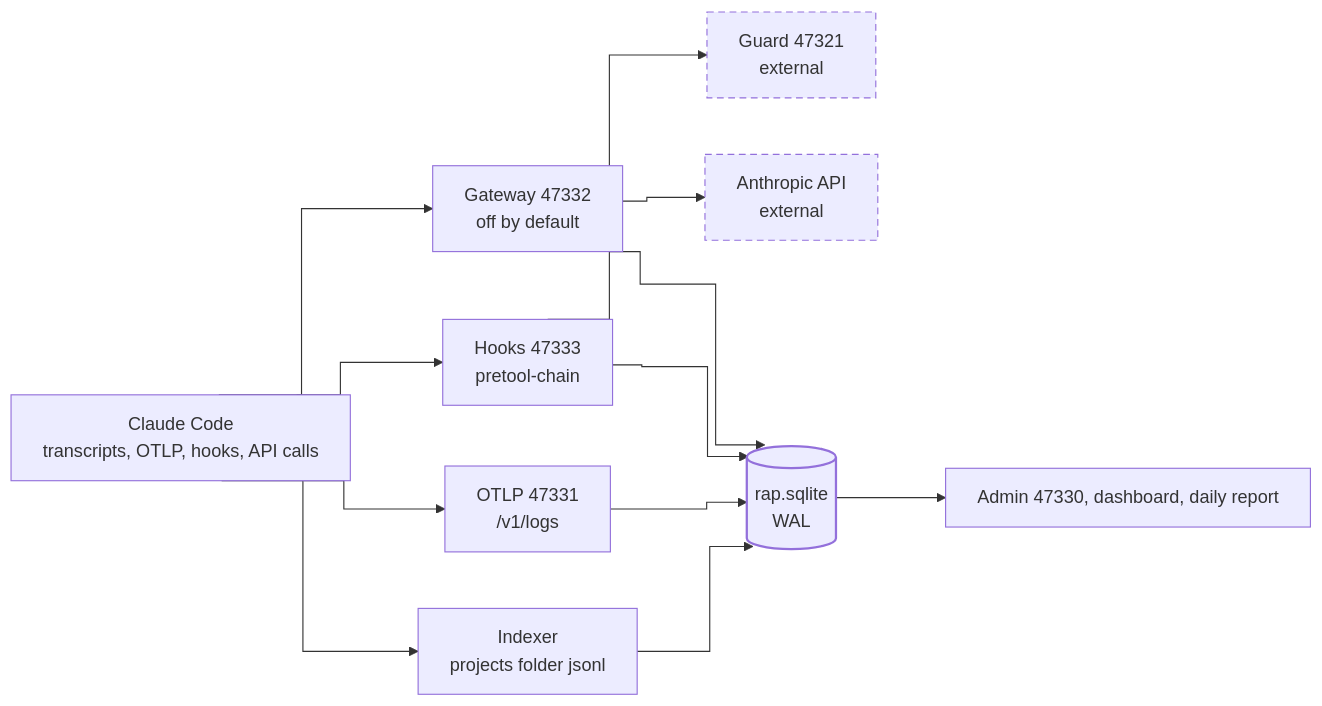
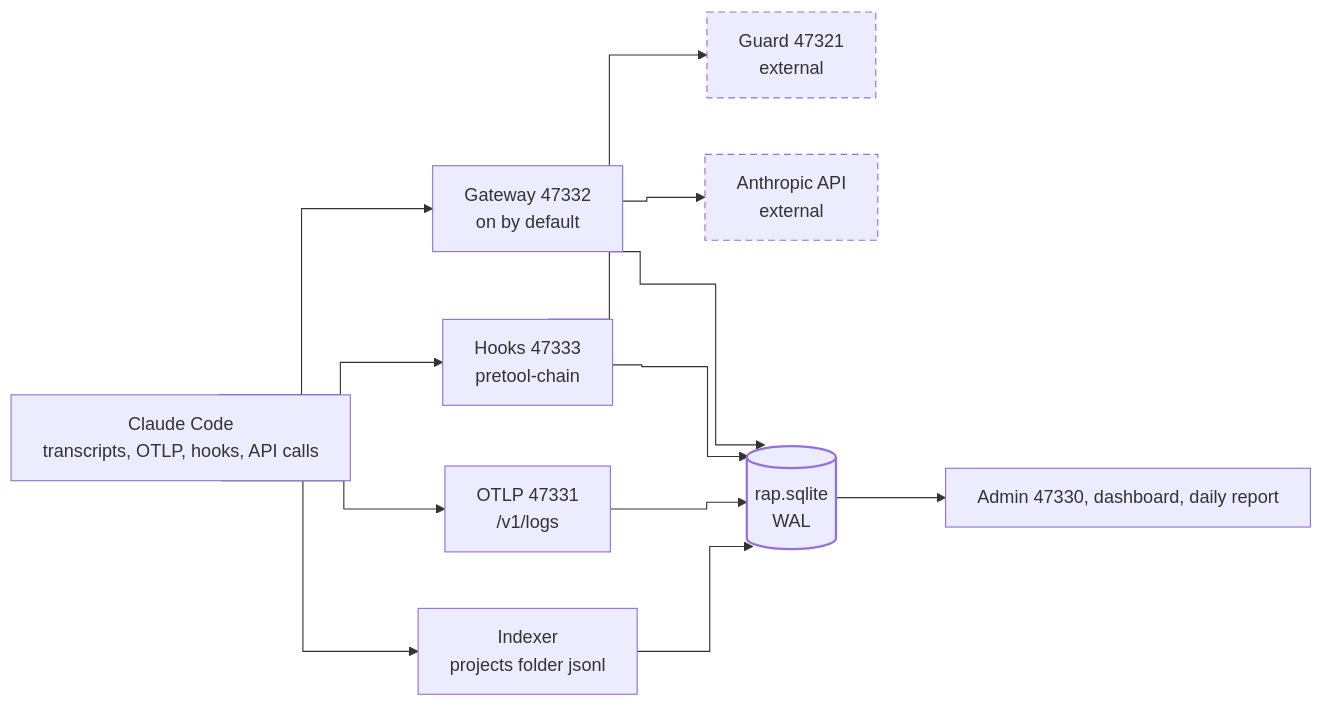
The first of 2 diagrams in ARCHITECTURE.md (jungho-dev/claude-monitor), drawn with Mermaid before and after one commit. The commit also changed other lines of this file and 23 other files, not shown here.

First line of the commit message:
feat: enable gateway by default and add TUI column resize and sort cycle

````diff
--- a/ARCHITECTURE.md
+++ b/ARCHITECTURE.md
@@ -149,38 +148,38 @@
 ```mermaid
 ---
 config:
   fontFamily: "Malgun Gothic, Arial, sans-serif"
   themeCSS: "* { font-family: Malgun Gothic, Arial, sans-serif !important; }"
   flowchart:
     curve: step
     nodeSpacing: 50
     rankSpacing: 60
     padding: 14
     wrappingWidth: 300
 ---
 flowchart LR
     CC["Claude Code<br/>transcripts, OTLP, hooks, API calls"]
     IDX["Indexer<br/>projects folder jsonl"]
     OT["OTLP 47331<br/>/v1/logs"]
     HK["Hooks 47333<br/>pretool-chain"]
-    GW["Gateway 47332<br/>off by default"]
+    GW["Gateway 47332<br/>on by default"]
     GD["Guard 47321<br/>external"]
     API["Anthropic API<br/>external"]
     DB[("rap.sqlite<br/>WAL")]
     OUT["Admin 47330, dashboard, daily report"]
     CC --> IDX
     CC --> OT
     CC --> HK
     CC --> GW
     HK --> GD
     GW --> API
     IDX --> DB
     OT --> DB
     HK --> DB
     GW --> DB
     DB --> OUT
     classDef key stroke-width:2px
     classDef ext stroke-dasharray:6 4
     class GD,API ext
     class DB key
 ```
````
